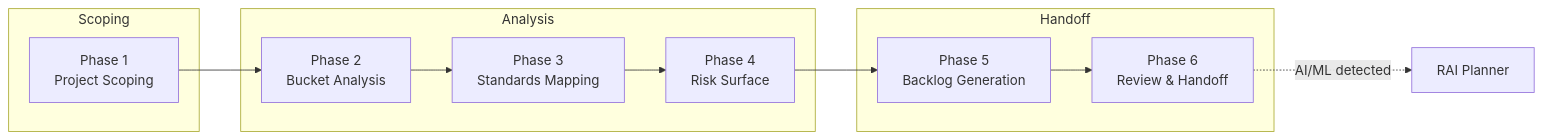
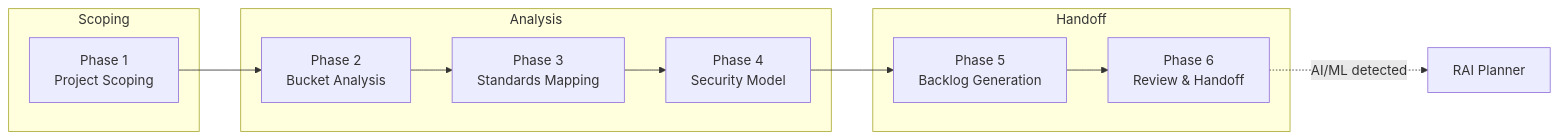
One commit to microsoft/hve-core changed the diagram in docs/agents/security-planning/README.md. Above: the diagram before and after it, drawn with Mermaid. The commit also changed other lines of this file and 93 other files, not shown here.

````diff
--- a/docs/agents/security-planning/README.md
+++ b/docs/agents/security-planning/README.md
@@ -39,20 +39,20 @@
 ```mermaid
 flowchart LR
   subgraph Scoping
     A["Phase 1<br/>Project Scoping"]
   end
 
   subgraph Analysis
     B["Phase 2<br/>Bucket Analysis"]
     C["Phase 3<br/>Standards Mapping"]
-    D["Phase 4<br/>Risk Surface"]
+    D["Phase 4<br/>Security Model"]
   end
 
   subgraph Handoff
     E["Phase 5<br/>Backlog Generation"]
     F["Phase 6<br/>Review & Handoff"]
   end
 
   A --> B --> C --> D --> E --> F
   F -.->|"AI/ML detected"| G["RAI Planner"]
 ```
````
